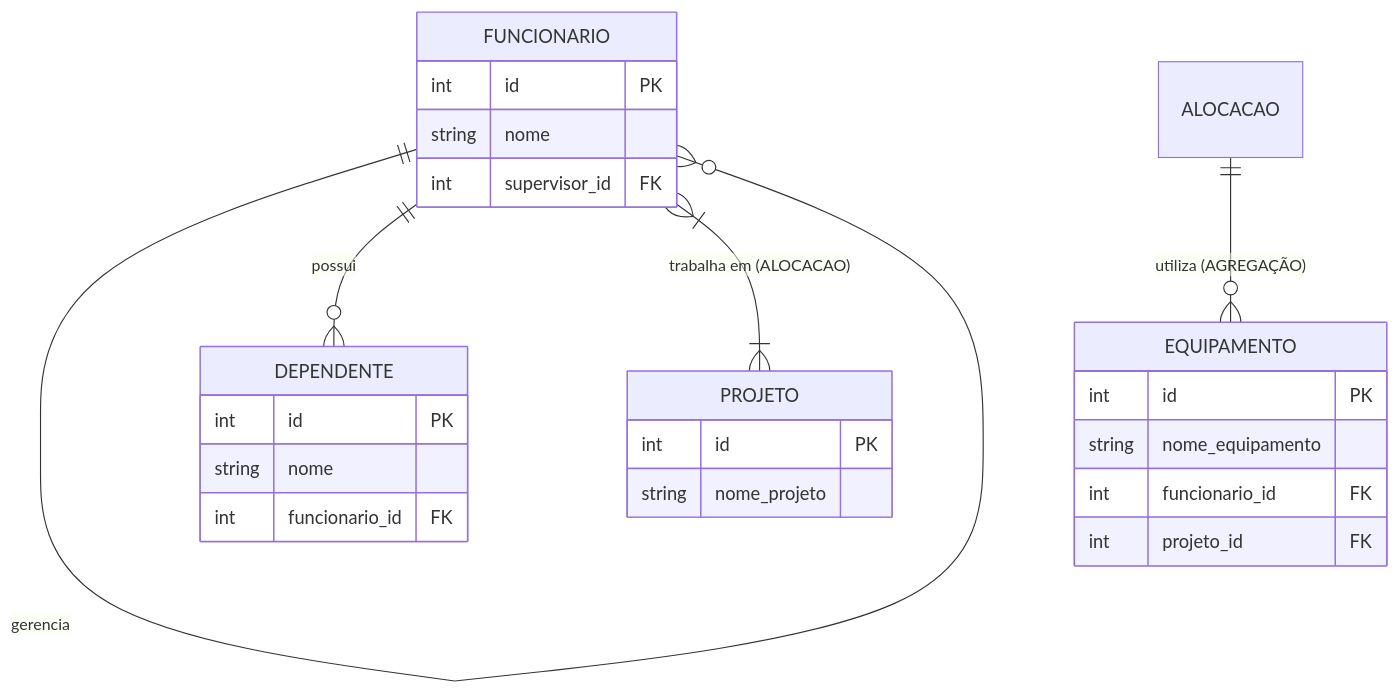
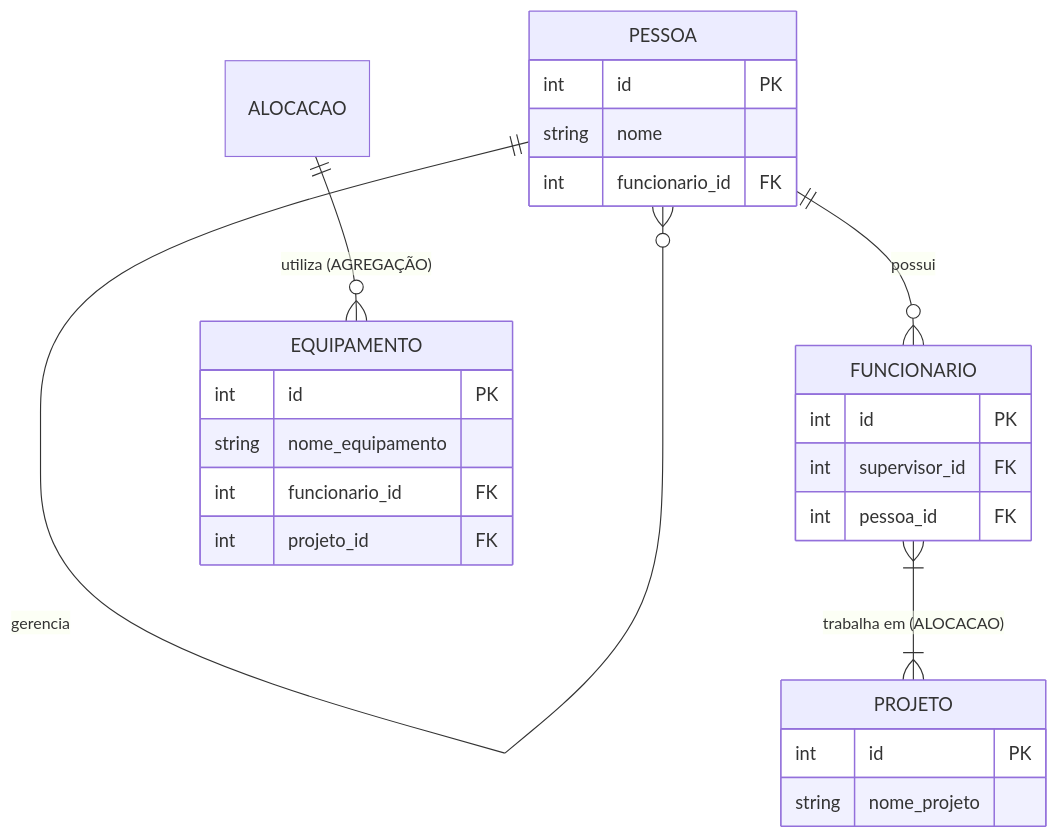
One commit to Lauraasn/projeto-bd-agregacao changed the diagram in README.md. Above: the diagram before and after it, drawn with Mermaid.

````diff
--- a/README.md
+++ b/README.md
@@ -2,27 +2,27 @@
 ```mermaid
 erDiagram
- FUNCIONARIO ||--o{ FUNCIONARIO : "gerencia"
- FUNCIONARIO ||--o{ DEPENDENTE : "possui"
+ PESSOA ||--o{ PESSOA : "gerencia"
+ PESSOA ||--o{ FUNCIONARIO : "possui"
  FUNCIONARIO }|--|{ PROJETO : "trabalha em (ALOCACAO)"
  ALOCACAO ||--o{ EQUIPAMENTO : "utiliza (AGREGAÇÃO)"
- FUNCIONARIO {
- int id PK
- string nome
- int supervisor_id FK
- }
- DEPENDENTE {
+ PESSOA {
  int id PK
  string nome
  int funcionario_id FK
+ }
+ FUNCIONARIO {
+ int id PK
+ int supervisor_id FK
+ int pessoa_id FK
  }
  PROJETO {
  int id PK
  string nome_projeto
  }
  EQUIPAMENTO {
  int id PK
  string nome_equipamento
  int funcionario_id FK
  int projeto_id FK
  }
- ```
+```
````
